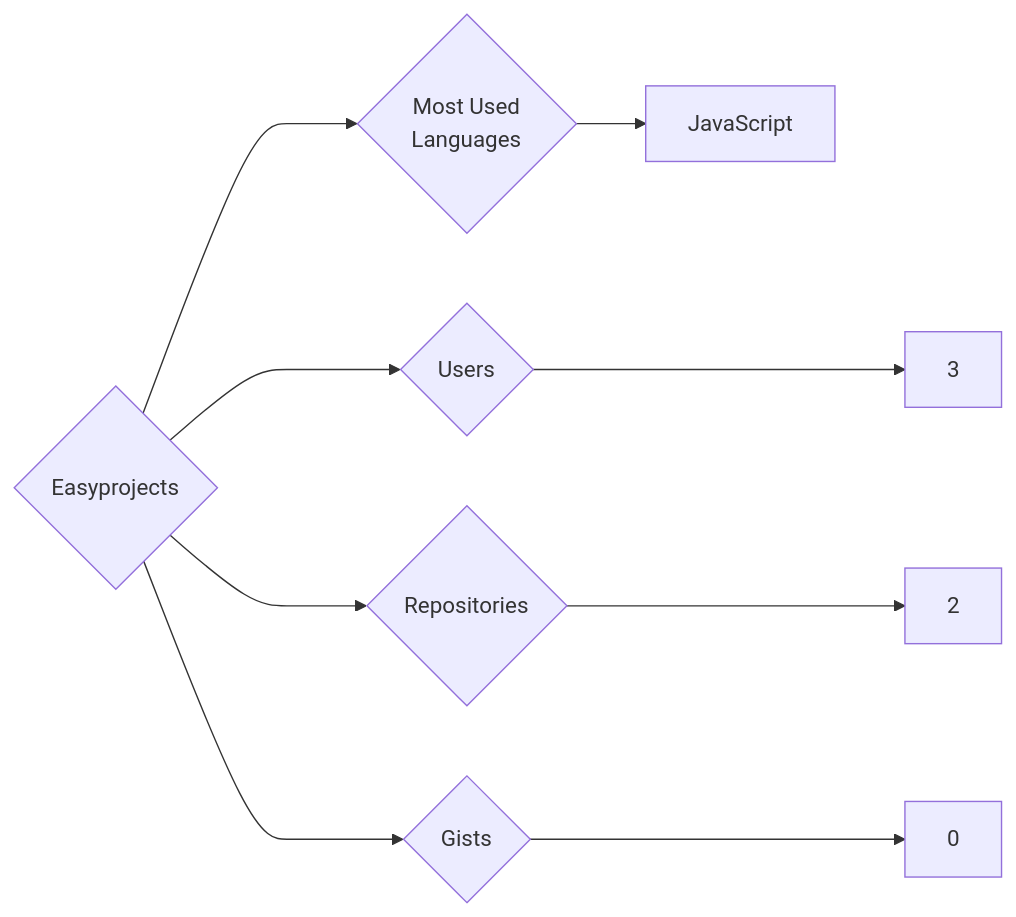
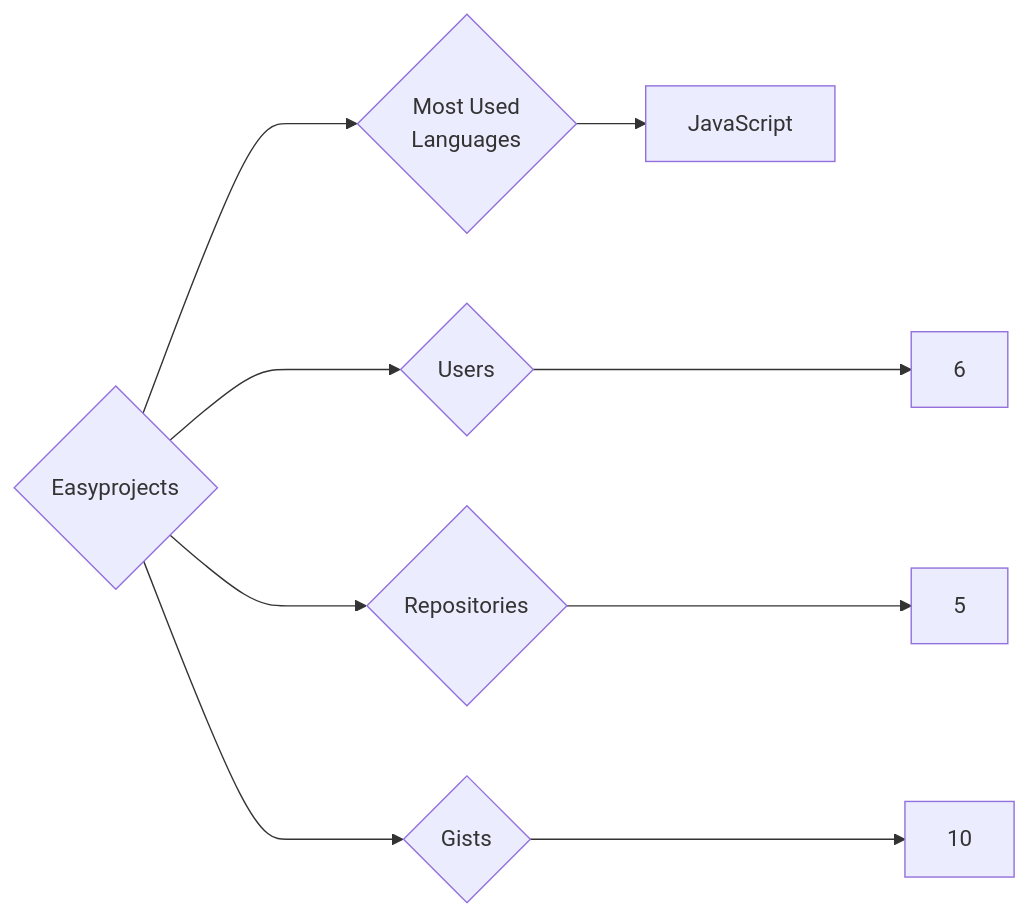
One commit to trickest/insiders changed the diagram in targets/Easyprojects/README.md. Above: the diagram before and after it, drawn with Mermaid. The commit also changed 993 other files, not shown here.

````diff
--- a/targets/Easyprojects/README.md
+++ b/targets/Easyprojects/README.md
@@ -3,9 +3,9 @@
 ```mermaid
 graph LR
 COMPANY_NAME{Easyprojects}
-COMPANY_NAME ---> U{Users} ---> UN[3]
-COMPANY_NAME ---> R{Repositories} ---> RN[2]
-COMPANY_NAME ---> G{Gists} ---> GN[0]
+COMPANY_NAME ---> U{Users} ---> UN[6]
+COMPANY_NAME ---> R{Repositories} ---> RN[5]
+COMPANY_NAME ---> G{Gists} ---> GN[10]
 COMPANY_NAME ---> ML{Most Used<br>Languages}
 ML --> JavaScript[JavaScript]
 ```
````
